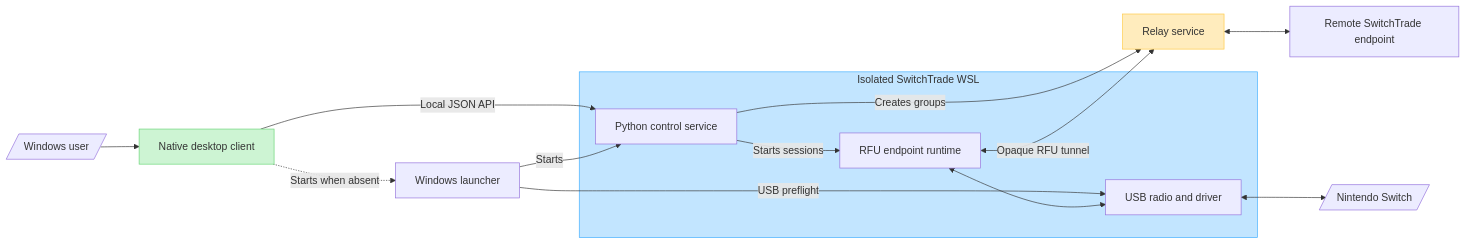
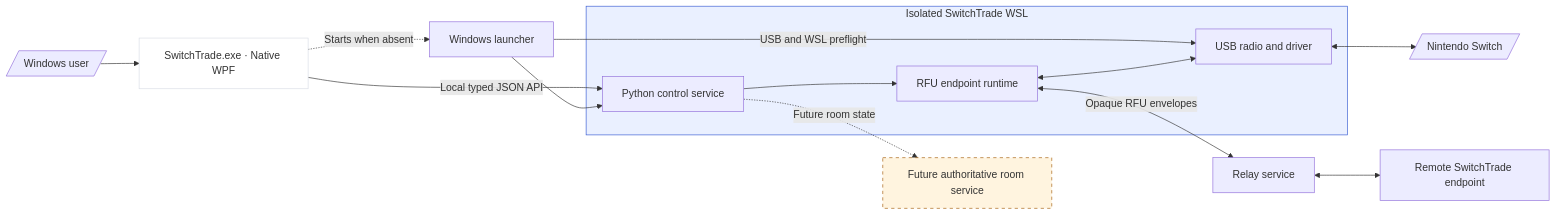
Before and after one commit to mwl313/mwl-SwitchTrade: the second of 2 diagrams in docs/54-native-ui-flow-and-runtime-structure-20260825.md, drawn with Mermaid. The commit also changed other lines of this file and 24 other files, not shown here.

````diff
--- a/docs/54-native-ui-flow-and-runtime-structure-20260825.md
+++ b/docs/54-native-ui-flow-and-runtime-structure-20260825.md
@@ -92,32 +121,33 @@
 ```mermaid
 flowchart LR
     user[/Windows user/]
-    desktop[Native desktop client]
+    desktop[SwitchTrade.exe · Native WPF]
     launcher[Windows launcher]
 
-    subgraph localRuntime ["Isolated SwitchTrade WSL"]
+    subgraph localRuntime [Isolated SwitchTrade WSL]
         control[Python control service]
         endpoint[RFU endpoint runtime]
         radio[USB radio and driver]
     end
 
+    lobby[Future authoritative room service]
     relay[Relay service]
     switchDevice[/Nintendo Switch/]
     remotePeer[Remote SwitchTrade endpoint]
 
     user --> desktop
-    desktop -->|"Local JSON API"| control
-    desktop -.->|"Starts when absent"| launcher
-    launcher -->|"USB preflight"| radio
-    launcher -->|"Starts"| control
-    control -->|"Creates groups"| relay
-    control -->|"Starts sessions"| endpoint
+    desktop -->|Local typed JSON API| control
+    desktop -.->|Starts when absent| launcher
+    launcher -->|USB and WSL preflight| radio
+    launcher --> control
+    control --> endpoint
+    control -.->|Future room state| lobby
     endpoint <--> radio
     radio <--> switchDevice
-    endpoint <-->|"Opaque RFU tunnel"| relay
+    endpoint <-->|Opaque RFU envelopes| relay
     relay <--> remotePeer
 
-    style localRuntime fill:#C2E5FF,stroke:#3DADFF
-    style desktop fill:#CDF4D3,stroke:#66D575
-    style relay fill:#FFECBD,stroke:#FFC943
+    style localRuntime fill:#EAF0FF,stroke:#375BD2
+    style desktop fill:#FFFFFF,stroke:#D9DDE5
+    style lobby fill:#FFF4DF,stroke:#A45F0B,stroke-dasharray: 5 5
 ```
````
